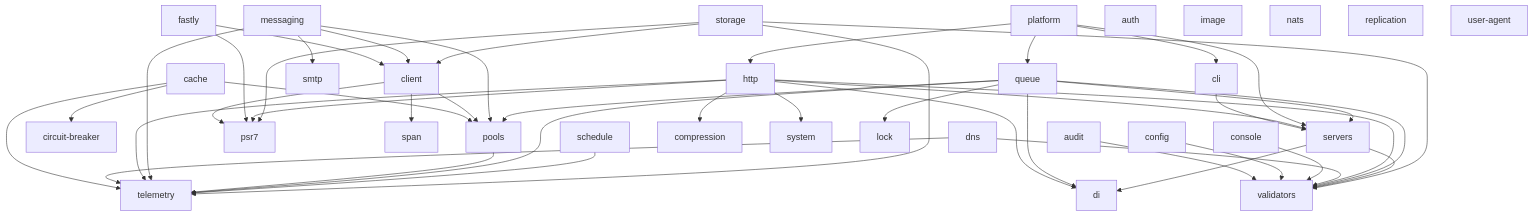
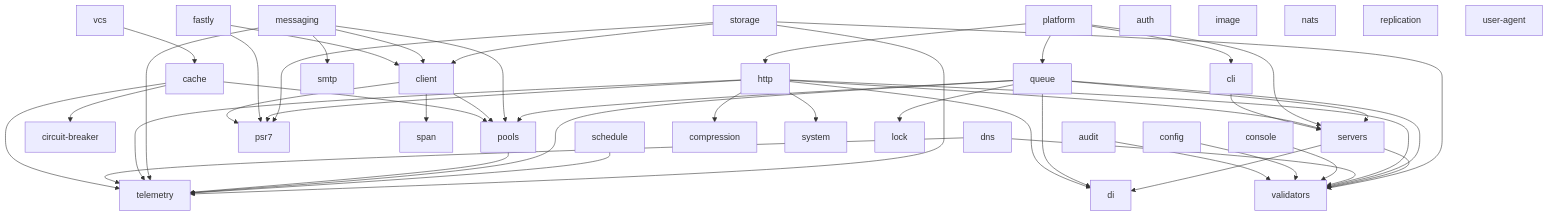
Before and after one commit to utopia-php/monorepo: the diagram in README.md, drawn with Mermaid. The commit also changed 51 other files, not shown here.

````diff
--- a/README.md
+++ b/README.md
@@ -48,51 +48,52 @@
 ```mermaid
 graph TD
     audit --> validators
     cache --> circuit-breaker
     cache --> pools
     cache --> telemetry
     cli --> servers
     client --> pools
     client --> psr7
     client --> span
     config --> validators
     console --> validators
     dns --> telemetry
     dns --> validators
     fastly --> client
     fastly --> psr7
     http --> di
     http --> servers
     http --> compression
     http --> psr7
     http --> telemetry
     http --> validators
     http --> system
     messaging --> client
     messaging --> pools
     messaging --> smtp
     messaging --> telemetry
     platform --> cli
     platform --> http
     platform --> queue
     platform --> servers
     pools --> telemetry
     queue --> di
     queue --> lock
     queue --> servers
     queue --> pools
     queue --> telemetry
     queue --> validators
     schedule --> telemetry
     servers --> di
     servers --> validators
     storage --> telemetry
     storage --> validators
     storage --> client
     storage --> psr7
+    vcs --> cache
     auth
     image
     nats
     replication
     user-agent
 ```
````
